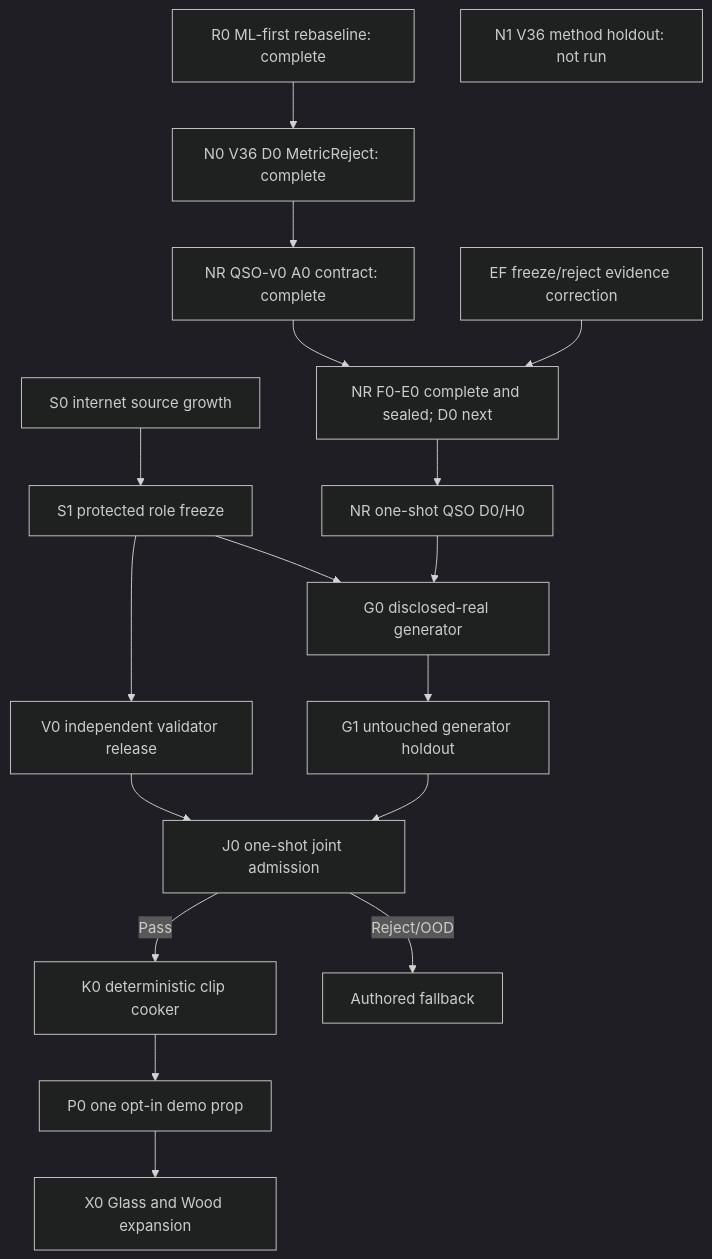
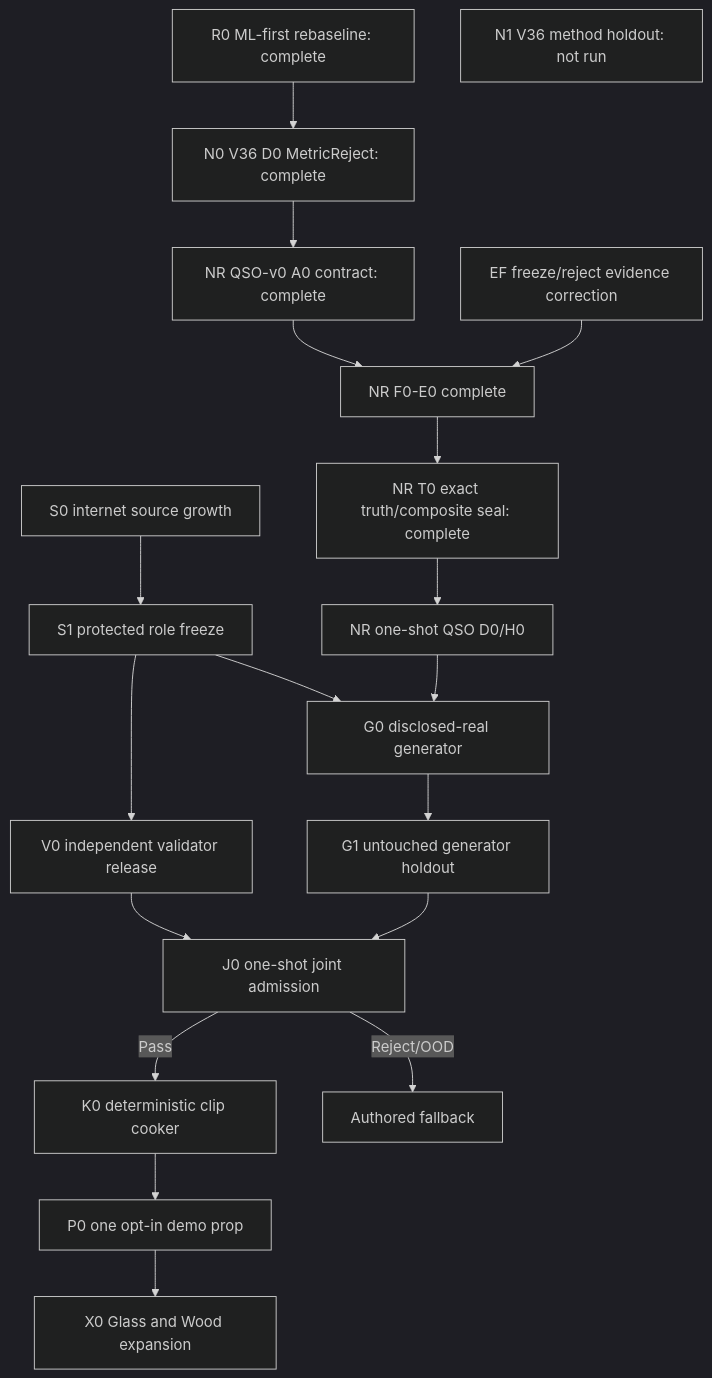
One commit to kaifaty/NextEngine changed the diagram in docs/plans/physical-sound-synthesis-roadmap-v37.md. Above: the diagram before and after it, drawn with Mermaid (dark theme). The commit also changed other lines of this file and 7 other files, not shown here.

Commit message:
feat(sound): seal exact V37 truth protocol

````diff
--- a/docs/plans/physical-sound-synthesis-roadmap-v37.md
+++ b/docs/plans/physical-sound-synthesis-roadmap-v37.md
@@ -100,21 +100,22 @@
 ```mermaid
 flowchart TD
     R0["R0 ML-first rebaseline: complete"] --> N0["N0 V36 D0 MetricReject: complete"]
     N0 --> NRA["NR QSO-v0 A0 contract: complete"]
-    NRA --> NRF["NR F0-E0 complete and sealed; D0 next"]
-    NRF --> NRD["NR one-shot QSO D0/H0"]
+    NRA --> NRF["NR F0-E0 complete"]
+    NRF --> NRT["NR T0 exact truth/composite seal: complete"]
+    NRT --> NRD["NR one-shot QSO D0/H0"]
     N1["N1 V36 method holdout: not run"]
     EF["EF freeze/reject evidence correction"] --> NRF
 
     S0["S0 internet source growth"] --> S1["S1 protected role freeze"]
     S1 --> V0["V0 independent validator release"]
     S1 --> G0
     NRD --> G0["G0 disclosed-real generator"]
     G0 --> G1["G1 untouched generator holdout"]
     V0 --> J0["J0 one-shot joint admission"]
     G1 --> J0
     J0 -->|"Pass"| K0["K0 deterministic clip cooker"]
     J0 -->|"Reject/OOD"| FB["Authored fallback"]
     K0 --> P0["P0 one opt-in demo prop"]
     P0 --> X0["X0 Glass and Wood expansion"]
 ```
````
